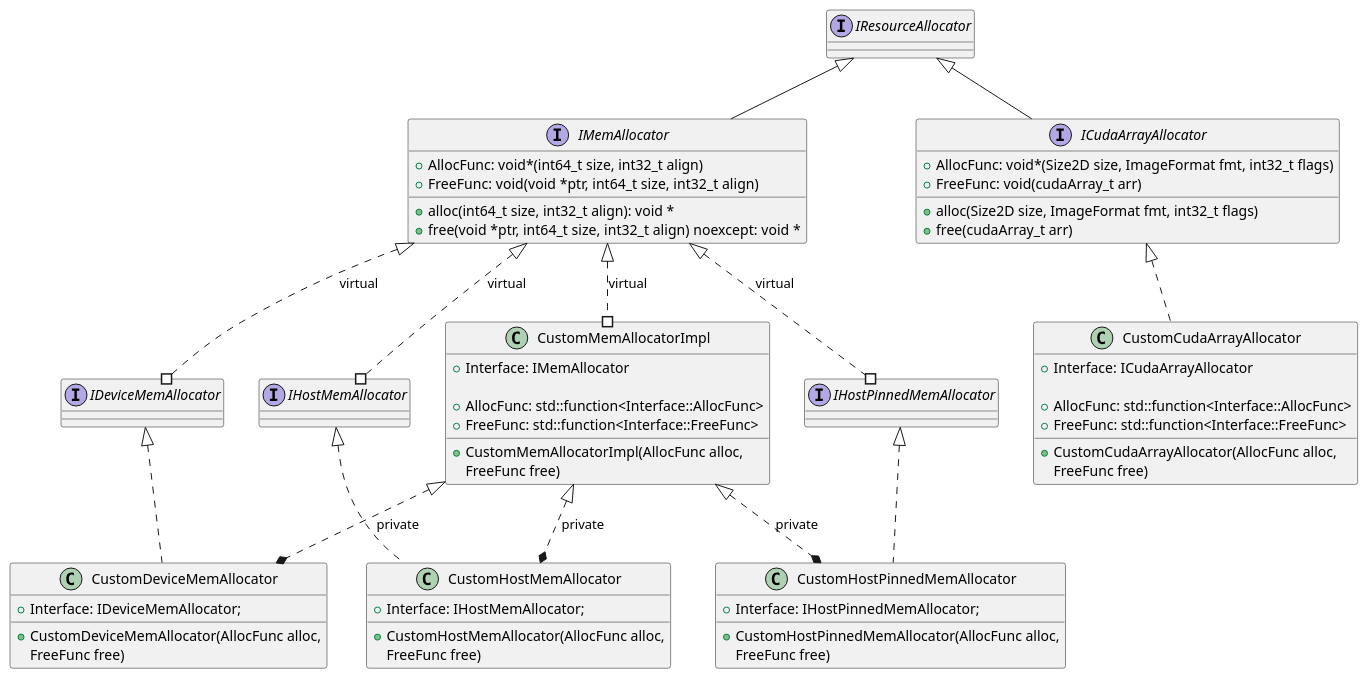
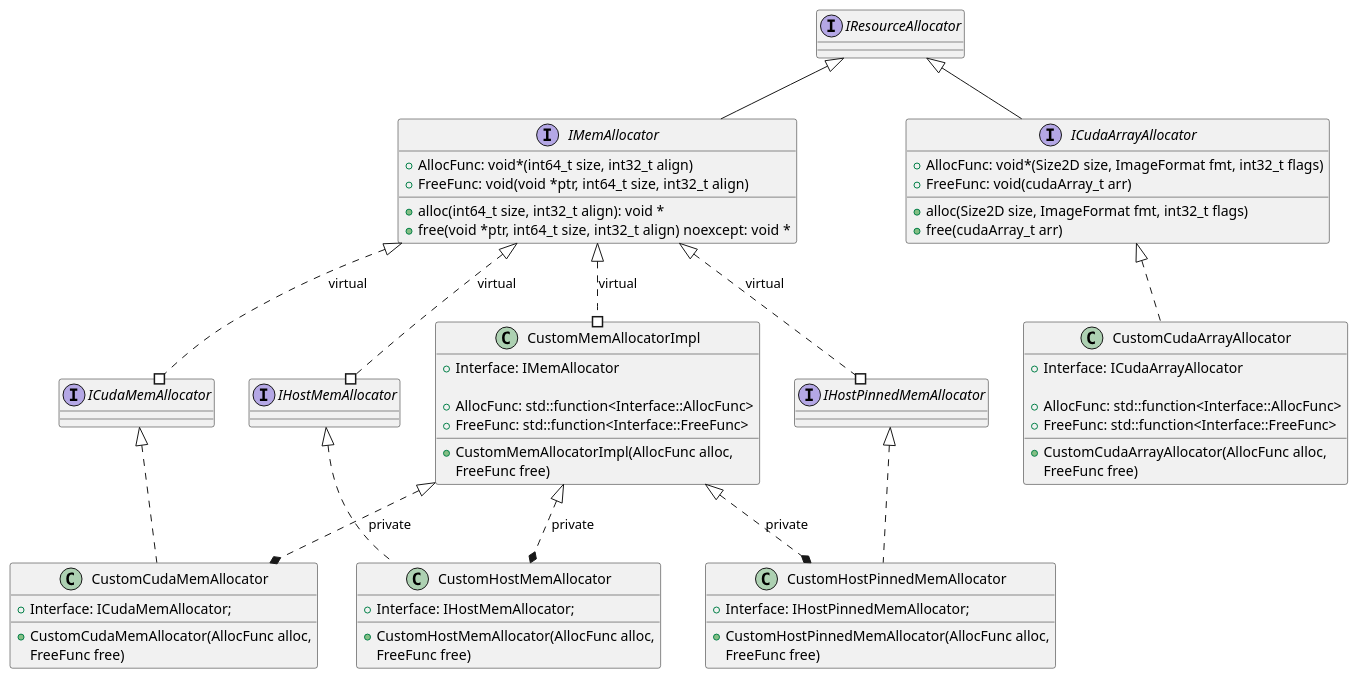
One commit to JanuszL/CV-CUDA changed the diagram in docs/design/resource_allocator_classes.puml. Above: the diagram before and after it, drawn with PlantUML. The commit also changed 155 other files, not shown here.

```diff
--- a/docs/design/resource_allocator_classes.puml
+++ b/docs/design/resource_allocator_classes.puml
@@ -13,82 +13,82 @@
 @startuml
 
 interface IResourceAllocator
 
 interface IMemAllocator extends IResourceAllocator
 {
     + {field} AllocFunc: void*(int64_t size, int32_t align)
     + {field} FreeFunc: void(void *ptr, int64_t size, int32_t align)
 
     + alloc(int64_t size, int32_t align): void *
     + free(void *ptr, int64_t size, int32_t align) noexcept: void *
 }
 
 interface IHostMemAllocator
 interface IHostPinnedMemAllocator
-interface IDeviceMemAllocator
+interface ICudaMemAllocator
 
 IMemAllocator <|..# IHostMemAllocator: virtual
 IMemAllocator <|..# IHostPinnedMemAllocator: virtual
-IMemAllocator <|..# IDeviceMemAllocator: virtual
+IMemAllocator <|..# ICudaMemAllocator: virtual
 
 interface ICudaArrayAllocator extends IResourceAllocator
 {
     + {field} AllocFunc: void*(Size2D size, ImageFormat fmt, int32_t flags)
     + {field} FreeFunc: void(cudaArray_t arr)
 
     + alloc(Size2D size, ImageFormat fmt, int32_t flags)
     + free(cudaArray_t arr)
 }
 
 class CustomCudaArrayAllocator implements ICudaArrayAllocator
 {
     + {field} Interface: ICudaArrayAllocator
 
     + {field} AllocFunc: std::function<Interface::AllocFunc>
     + {field} FreeFunc: std::function<Interface::FreeFunc>
 
     + CustomCudaArrayAllocator(AllocFunc alloc,
                                FreeFunc free)
 }
 
 class CustomMemAllocatorImpl
 {
     + {field} Interface: IMemAllocator
 
     + {field} AllocFunc: std::function<Interface::AllocFunc>
     + {field} FreeFunc: std::function<Interface::FreeFunc>
 
     + CustomMemAllocatorImpl(AllocFunc alloc,
                              FreeFunc free)
 }
 IMemAllocator <|..# CustomMemAllocatorImpl: virtual
 
 class CustomHostMemAllocator implements IHostMemAllocator
 {
     + {field} Interface: IHostMemAllocator;
 
     + CustomHostMemAllocator(AllocFunc alloc,
                              FreeFunc free)
 }
 
 class CustomHostPinnedMemAllocator implements IHostPinnedMemAllocator
 {
     + {field} Interface: IHostPinnedMemAllocator;
 
     + CustomHostPinnedMemAllocator(AllocFunc alloc,
                                    FreeFunc free)
 }
 
-class CustomDeviceMemAllocator implements IDeviceMemAllocator
+class CustomCudaMemAllocator implements ICudaMemAllocator
 {
-    + {field} Interface: IDeviceMemAllocator;
+    + {field} Interface: ICudaMemAllocator;
 
-    + CustomDeviceMemAllocator(AllocFunc alloc,
+    + CustomCudaMemAllocator(AllocFunc alloc,
                                FreeFunc free)
 }
 
 CustomMemAllocatorImpl <|..* CustomHostMemAllocator: private
 CustomMemAllocatorImpl <|..* CustomHostPinnedMemAllocator: private
-CustomMemAllocatorImpl <|..* CustomDeviceMemAllocator: private
+CustomMemAllocatorImpl <|..* CustomCudaMemAllocator: private
 
 @enduml
```
